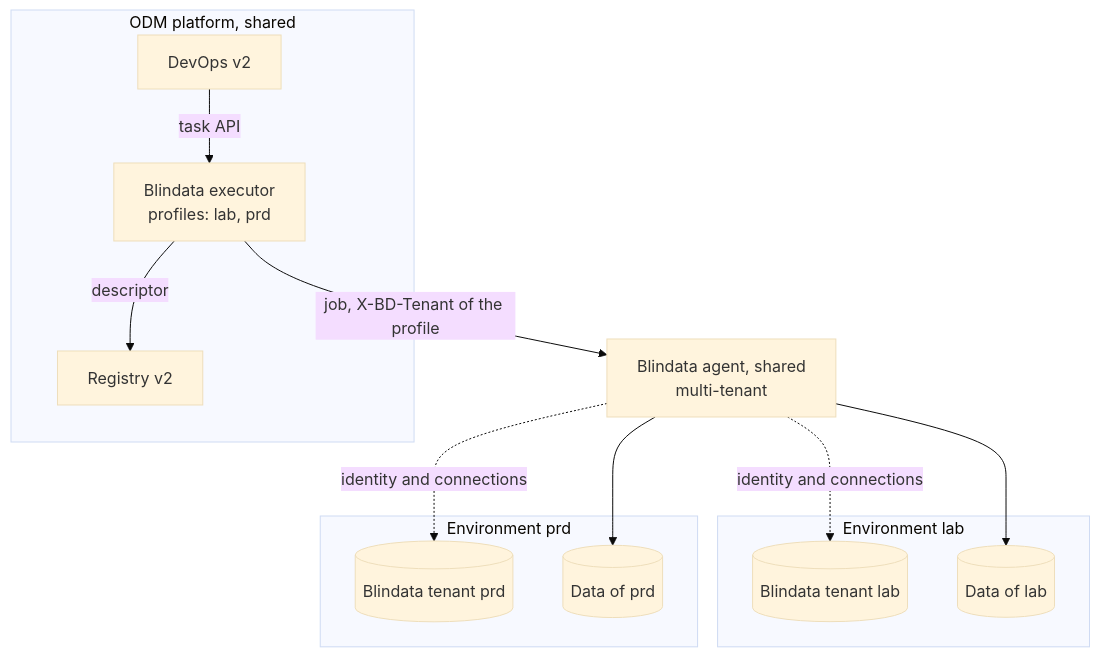
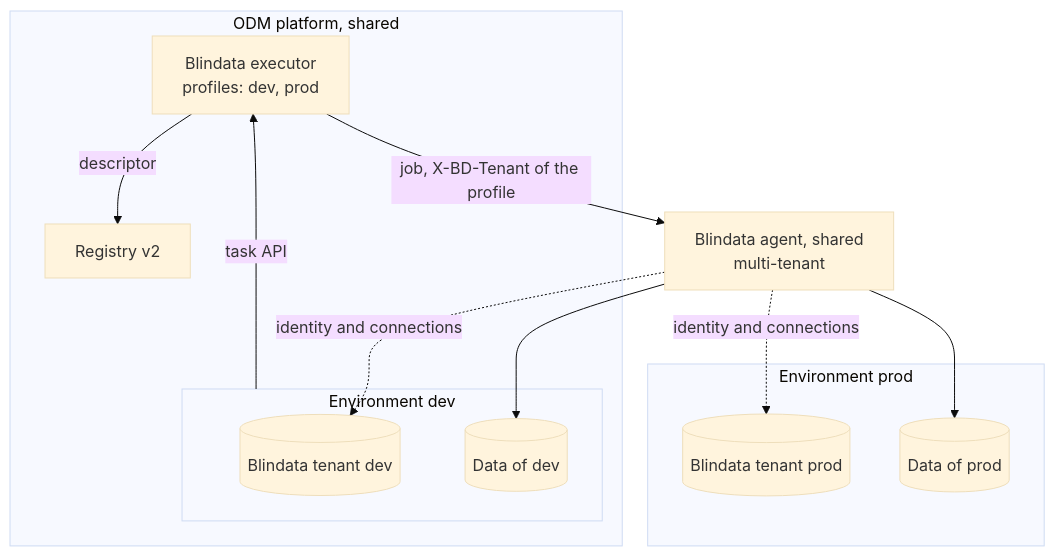
The first of 3 diagrams in docs/reference/concepts.md (opendatamesh-initiative/odm-platform-adapter-devops-executor-blindata), drawn with Mermaid (base theme) before and after one commit. The commit also changed other lines of this file and 20 other files, not shown here.

````diff
--- a/docs/reference/concepts.md
+++ b/docs/reference/concepts.md
@@ -7,24 +7,24 @@
 ```mermaid
 flowchart TB
   subgraph ODM[ODM platform, shared]
     REG[Registry v2]
     DEV[DevOps v2]
-    EX[Blindata executor<br/>profiles: lab, prd]
+    EX[Blindata executor<br/>profiles: dev, prod]
   end
   AG[Blindata agent, shared<br/>multi-tenant]
-  subgraph LAB[Environment lab]
-    T1[(Blindata tenant lab)]
-    B1[(Data of lab)]
+  subgraph DEV[Environment dev]
+    T1[(Blindata tenant dev)]
+    B1[(Data of dev)]
   end
-  subgraph PRD[Environment prd]
-    T2[(Blindata tenant prd)]
-    B2[(Data of prd)]
+  subgraph PROD[Environment prod]
+    T2[(Blindata tenant prod)]
+    B2[(Data of prod)]
   end
   DEV -->|task API| EX
   EX -->|descriptor| REG
   EX -->|job, X-BD-Tenant of the profile| AG
   AG --> B1
   AG --> B2
   AG -.->|identity and connections| T1
   AG -.->|identity and connections| T2
 ```
````
